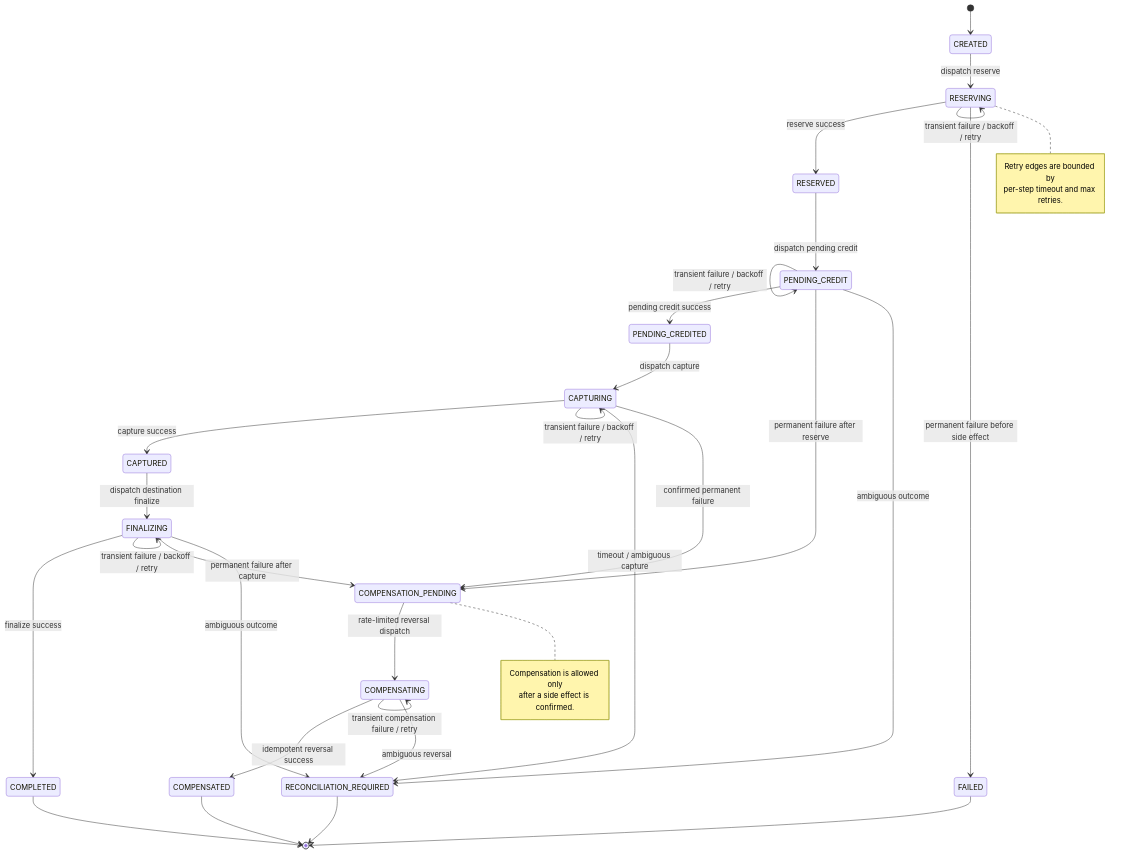
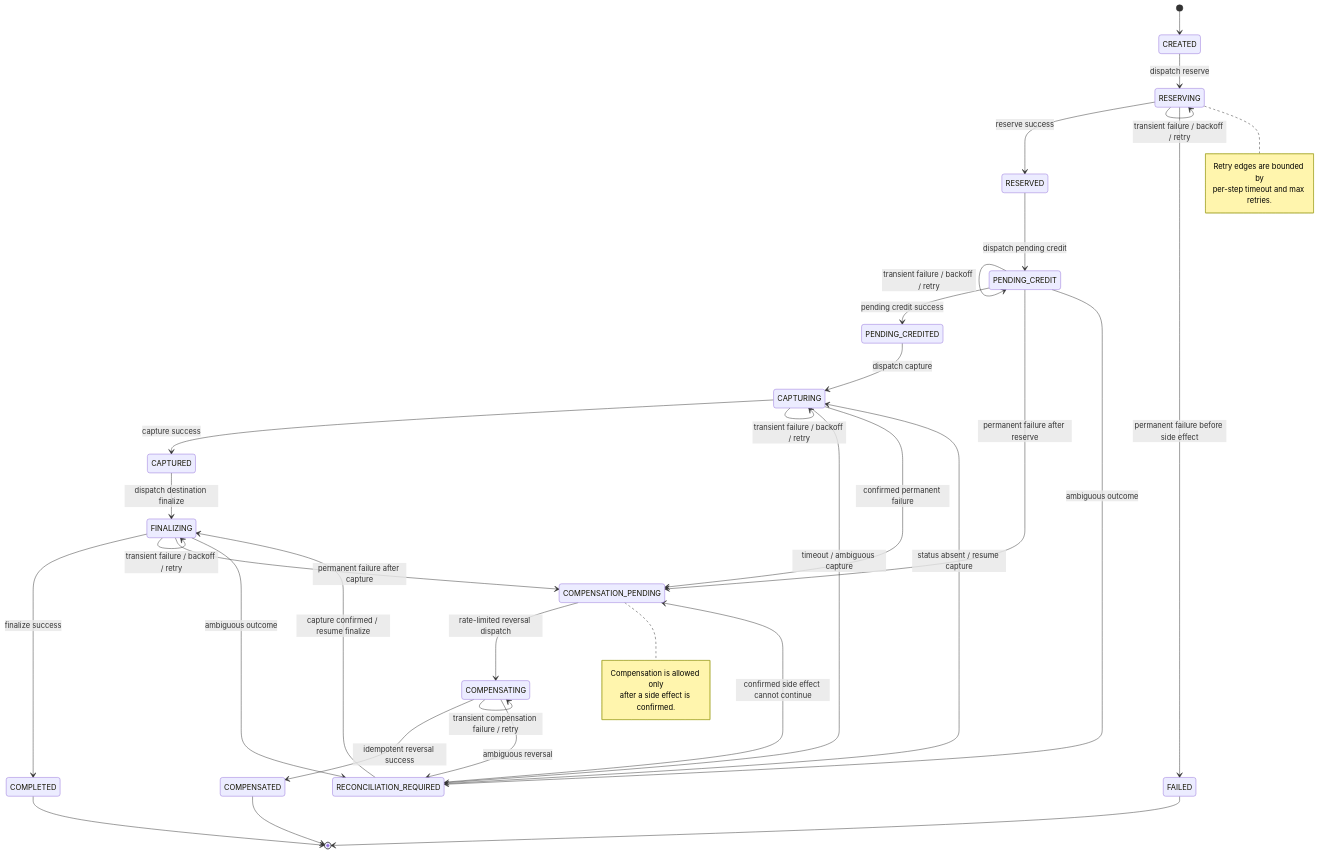
Before and after one commit to prajexec/Wallet: the first of 3 diagrams in docs/saga.md, drawn with Mermaid. The commit also changed other lines of this file and 7 other files, not shown here.

````diff
--- a/docs/saga.md
+++ b/docs/saga.md
@@ -7,40 +7,42 @@
 ```mermaid
 stateDiagram-v2
     [*] --> CREATED
     CREATED --> RESERVING: dispatch reserve
     RESERVING --> RESERVED: reserve success
     RESERVING --> RESERVING: transient failure / backoff / retry
     RESERVING --> FAILED: permanent failure before side effect
     RESERVED --> PENDING_CREDIT: dispatch pending credit
     PENDING_CREDIT --> PENDING_CREDIT: transient failure / backoff / retry
     PENDING_CREDIT --> PENDING_CREDITED: pending credit success
     PENDING_CREDIT --> COMPENSATION_PENDING: permanent failure after reserve
     PENDING_CREDIT --> RECONCILIATION_REQUIRED: ambiguous outcome
     PENDING_CREDITED --> CAPTURING: dispatch capture
     CAPTURING --> CAPTURED: capture success
     CAPTURING --> CAPTURING: transient failure / backoff / retry
     CAPTURING --> RECONCILIATION_REQUIRED: timeout / ambiguous capture
     CAPTURING --> COMPENSATION_PENDING: confirmed permanent failure
     CAPTURED --> FINALIZING: dispatch destination finalize
     FINALIZING --> COMPLETED: finalize success
     FINALIZING --> FINALIZING: transient failure / backoff / retry
     FINALIZING --> COMPENSATION_PENDING: permanent failure after capture
     FINALIZING --> RECONCILIATION_REQUIRED: ambiguous outcome
     COMPENSATION_PENDING --> COMPENSATING: rate-limited reversal dispatch
     COMPENSATING --> COMPENSATED: idempotent reversal success
     COMPENSATING --> COMPENSATING: transient compensation failure / retry
     COMPENSATING --> RECONCILIATION_REQUIRED: ambiguous reversal
+    RECONCILIATION_REQUIRED --> CAPTURING: status absent / resume capture
+    RECONCILIATION_REQUIRED --> FINALIZING: capture confirmed / resume finalize
+    RECONCILIATION_REQUIRED --> COMPENSATION_PENDING: confirmed side effect cannot continue
     COMPLETED --> [*]
     FAILED --> [*]
     COMPENSATED --> [*]
-    RECONCILIATION_REQUIRED --> [*]
 
     note right of RESERVING
       Retry edges are bounded by
       per-step timeout and max retries.
     end note
     note right of COMPENSATION_PENDING
       Compensation is allowed only
       after a side effect is confirmed.
     end note
 ```
````
